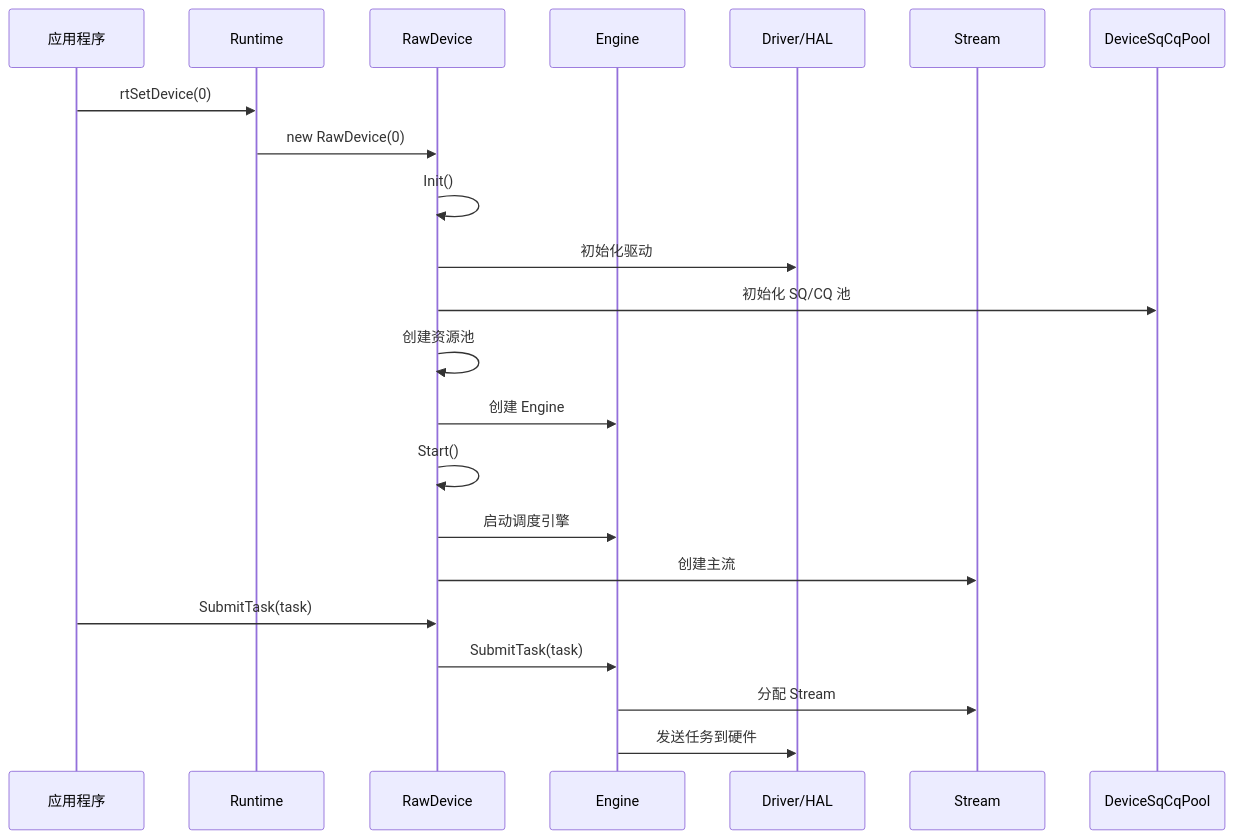
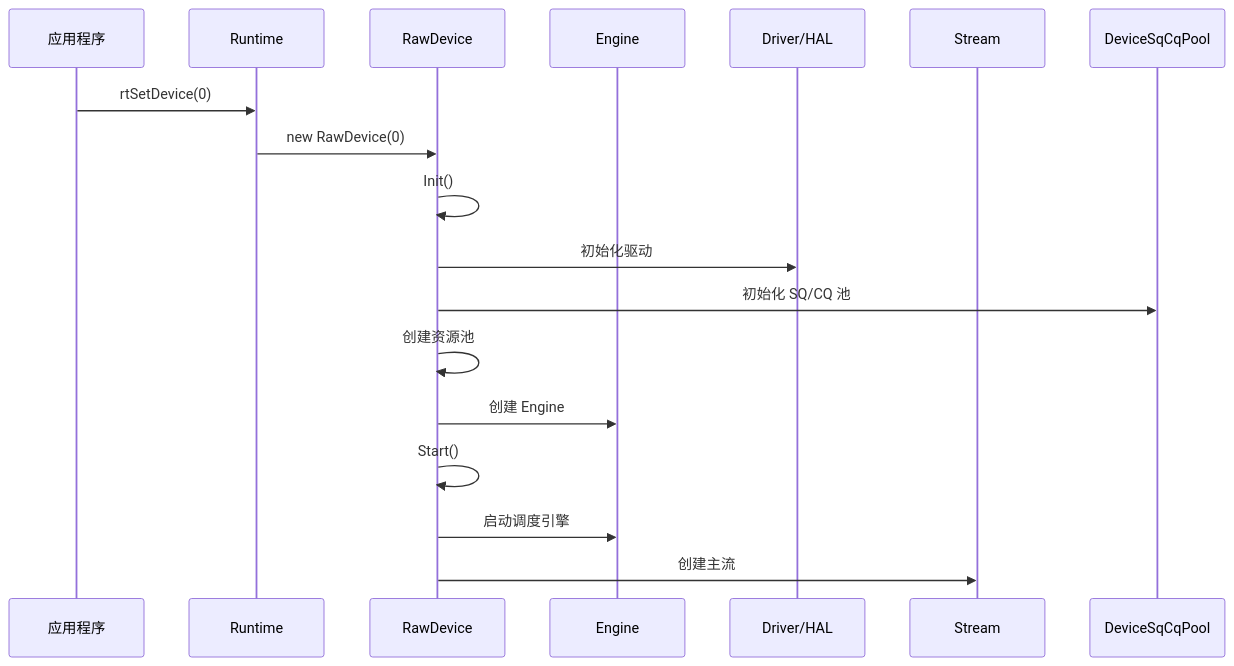
The second of 10 diagrams in docs/design/modules/device/device.md (18liumin/runtime), drawn with Mermaid before and after one commit. The commit also changed other lines of this file, not shown here.

First line of the commit message:
更新Runtime架构说明书， device.md

````diff
--- a/docs/design/modules/device/device.md
+++ b/docs/design/modules/device/device.md
@@ -106,26 +143,21 @@
 ```mermaid
 sequenceDiagram
     participant App as 应用程序
     participant Runtime as Runtime
     participant Device as RawDevice
     participant Engine as Engine
     participant Driver as Driver/HAL
     participant Stream as Stream
     participant SqCqPool as DeviceSqCqPool
     
     App->>Runtime: rtSetDevice(0)
     Runtime->>Device: new RawDevice(0)
     Device->>Device: Init()
     Device->>Driver: 初始化驱动
     Device->>SqCqPool: 初始化 SQ/CQ 池
     Device->>Device: 创建资源池
     Device->>Engine: 创建 Engine
     Device->>Device: Start()
     Device->>Engine: 启动调度引擎
     Device->>Stream: 创建主流
-    
-    App->>Device: SubmitTask(task)
-    Device->>Engine: SubmitTask(task)
-    Engine->>Stream: 分配 Stream
-    Engine->>Driver: 发送任务到硬件
 ```
````
